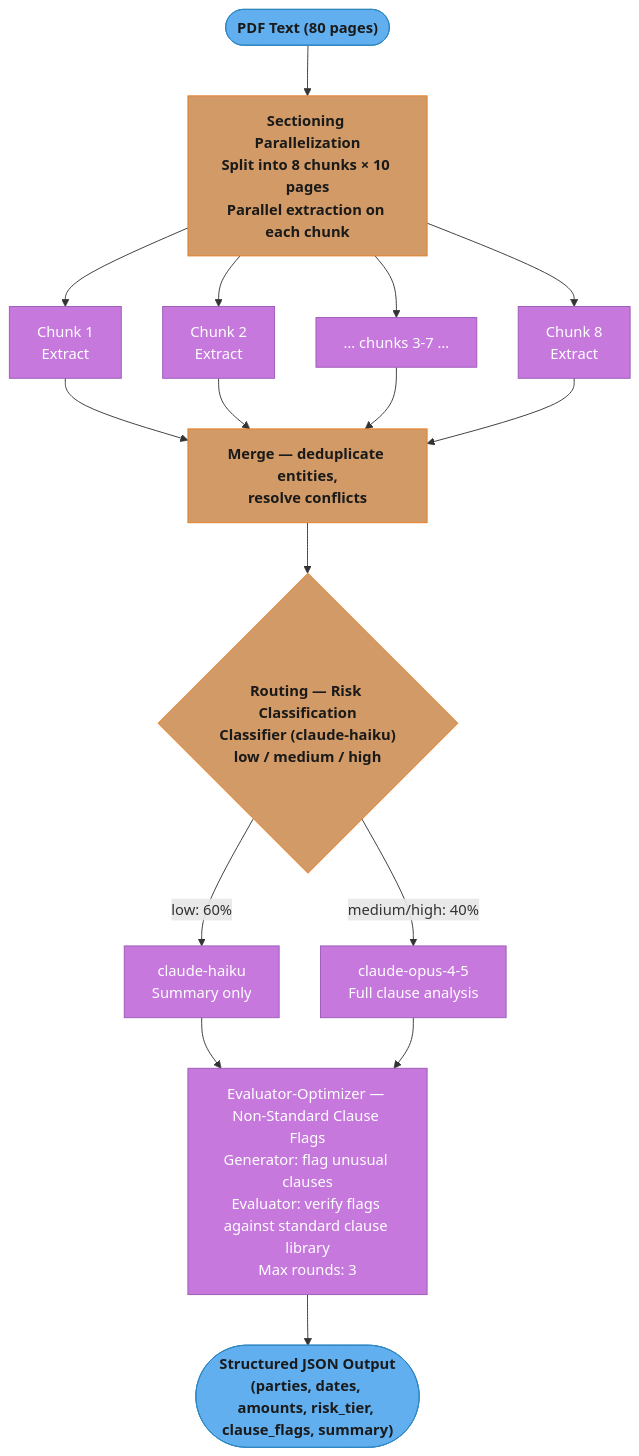
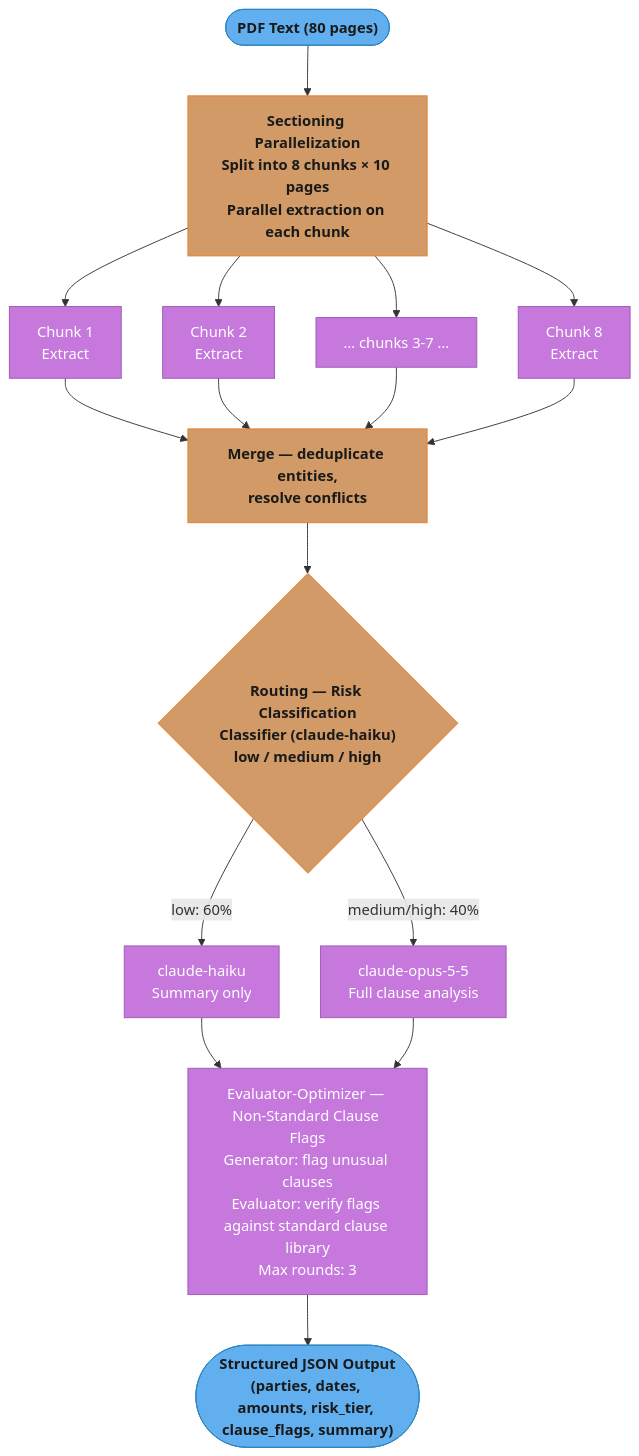
Before and after one commit to rppol/system-design: the seventh of 7 diagrams in src/main/java/com/rutik/systemdesign/llm/agentic_workflow_patterns/agentic_workflow_patterns.md, drawn with Mermaid. The commit also changed other lines of this file and 655 other files, not shown here.

````diff
--- a/src/main/java/com/rutik/systemdesign/llm/agentic_workflow_patterns/agentic_workflow_patterns.md
+++ b/src/main/java/com/rutik/systemdesign/llm/agentic_workflow_patterns/agentic_workflow_patterns.md
@@ -1396,31 +1401,31 @@
 ```mermaid
 %%{init: {'flowchart': {'curve': 'basis', 'nodeSpacing': 45, 'rankSpacing': 55}}}%%
 flowchart TD
     classDef io      fill:#61afef,stroke:#2e86c1,color:#1a1a1a,font-weight:bold
     classDef frozen  fill:#c678dd,stroke:#9b59b6,color:#fff
     classDef train   fill:#98c379,stroke:#27ae60,color:#1a1a1a
     classDef mathOp  fill:#d19a66,stroke:#e67e22,color:#1a1a1a,font-weight:bold
     classDef lossN   fill:#e06c75,stroke:#c0392b,color:#fff,font-weight:bold
     classDef req     fill:#56b6c2,stroke:#0097a7,color:#1a1a1a
     classDef base    fill:#e5c07b,stroke:#f39c12,color:#1a1a1a
 
     PDF(["PDF Text (80 pages)"]) --> SPLIT["Sectioning Parallelization\nSplit into 8 chunks × 10 pages\nParallel extraction on each chunk"]
     SPLIT --> X1["Chunk 1\nExtract"]
     SPLIT --> X2["Chunk 2\nExtract"]
     SPLIT --> XD["… chunks 3-7 …"]
     SPLIT --> X8["Chunk 8\nExtract"]
     X1 --> MRG["Merge — deduplicate entities,\nresolve conflicts"]
     X2 --> MRG
     XD --> MRG
     X8 --> MRG
     MRG --> RISK{"Routing — Risk Classification\nClassifier (claude-haiku)\nlow / medium / high"}
     RISK -->|"low: 60%"| LOW["claude-haiku\nSummary only"]
-    RISK -->|"medium/high: 40%"| HIGH["claude-opus-4-5\nFull clause analysis"]
+    RISK -->|"medium/high: 40%"| HIGH["claude-opus-5-5\nFull clause analysis"]
     LOW --> EO["Evaluator-Optimizer — Non-Standard Clause Flags\nGenerator: flag unusual clauses\nEvaluator: verify flags against standard clause library\nMax rounds: 3"]
     HIGH --> EO
     EO --> OUTJ(["Structured JSON Output\n(parties, dates, amounts, risk_tier, clause_flags, summary)"])
 
     class PDF,OUTJ io
     class SPLIT,MRG,RISK mathOp
     class X1,X2,XD,X8,LOW,HIGH,EO frozen
 ```
````
